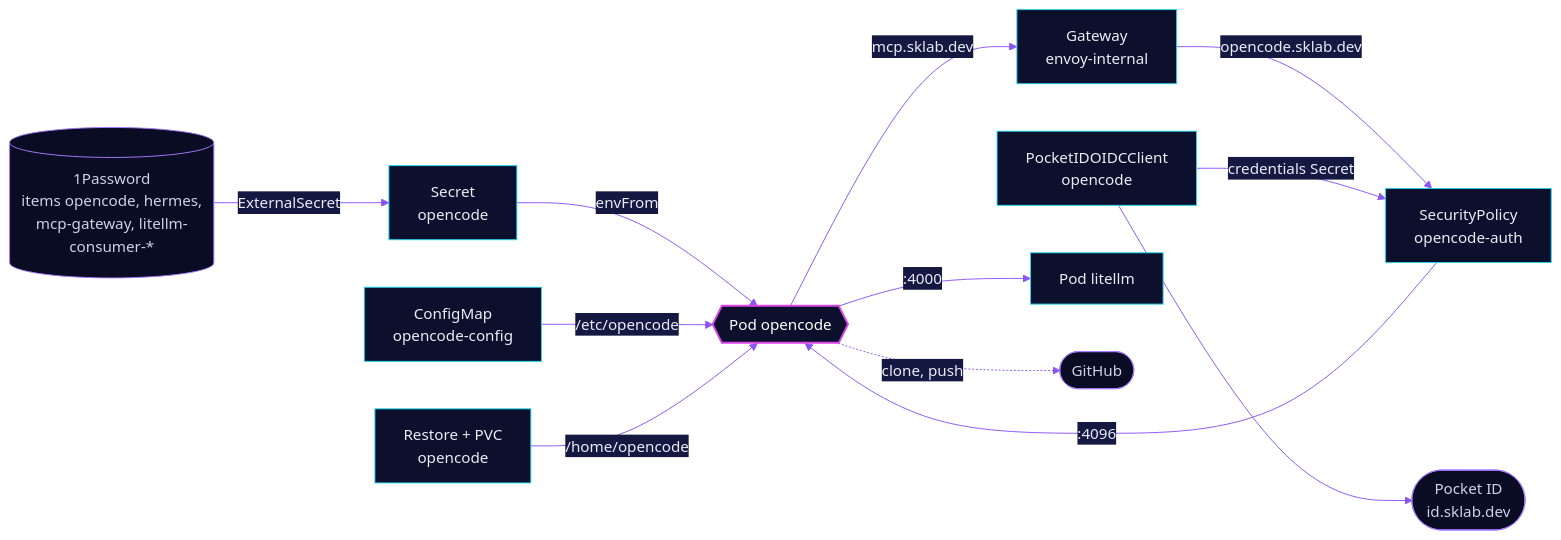
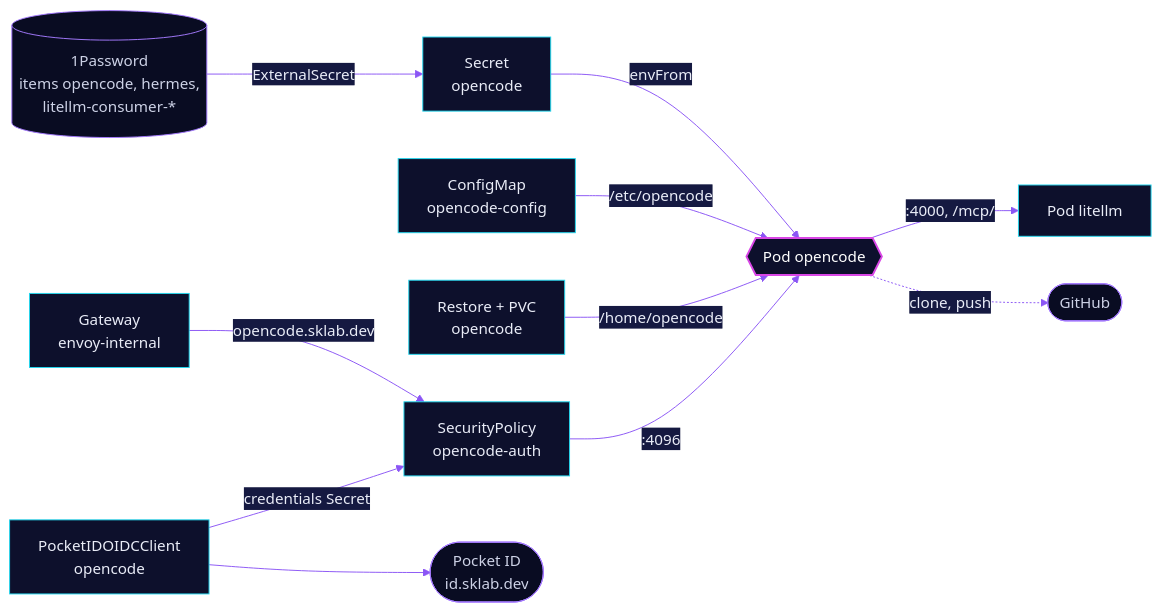
Before and after one commit to skrumbach/home-ops: the diagram in kubernetes/apps/base/ai/opencode/README.md, drawn with Mermaid. The commit also changed other lines of this file and 28 other files, not shown here.

First line of the commit message:
feat(litellm): serve MCP servers through litellm-operator (#2939)

````diff
--- a/kubernetes/apps/base/ai/opencode/README.md
+++ b/kubernetes/apps/base/ai/opencode/README.md
@@ -45,19 +46,18 @@
 ```mermaid
 %%{init: {'theme':'base','themeVariables':{'primaryColor':'#0D102C','primaryTextColor':'#E9ECF7','primaryBorderColor':'#22D8F0','lineColor':'#8B55F5','secondaryColor':'#151941','tertiaryColor':'#090C22','edgeLabelBackground':'#151941'}}}%%
 flowchart LR
-  op[("1Password<br/>items opencode, hermes,<br/>mcp-gateway, litellm-consumer-*")] -->|ExternalSecret| sec["Secret<br/>opencode"]
+  op[("1Password<br/>items opencode, hermes,<br/>litellm-consumer-*")] -->|ExternalSecret| sec["Secret<br/>opencode"]
   sec -->|envFrom| pod{{"Pod opencode"}}
   cm["ConfigMap<br/>opencode-config"] -->|"/etc/opencode"| pod
   rst["Restore + PVC<br/>opencode"] -->|"/home/opencode"| pod
   gw["Gateway<br/>envoy-internal"] -->|opencode.sklab.dev| pol["SecurityPolicy<br/>opencode-auth"]
   pol -->|":4096"| pod
   cli["PocketIDOIDCClient<br/>opencode"] -->|credentials Secret| pol
   cli --> pid(["Pocket ID<br/>id.sklab.dev"])
-  pod -->|":4000"| llm["Pod litellm"]
-  pod -->|"mcp.sklab.dev"| gw
+  pod -->|":4000, /mcp/"| llm["Pod litellm"]
   pod -.->|"clone, push"| gh(["GitHub"])
   classDef accent fill:#0D102C,stroke:#D946E6,stroke-width:2px,color:#FFFFFF
   classDef ext fill:#090C22,stroke:#A57BFF,color:#CDD2E6
   class pod accent
   class op,pid,gh ext
 ```
````
